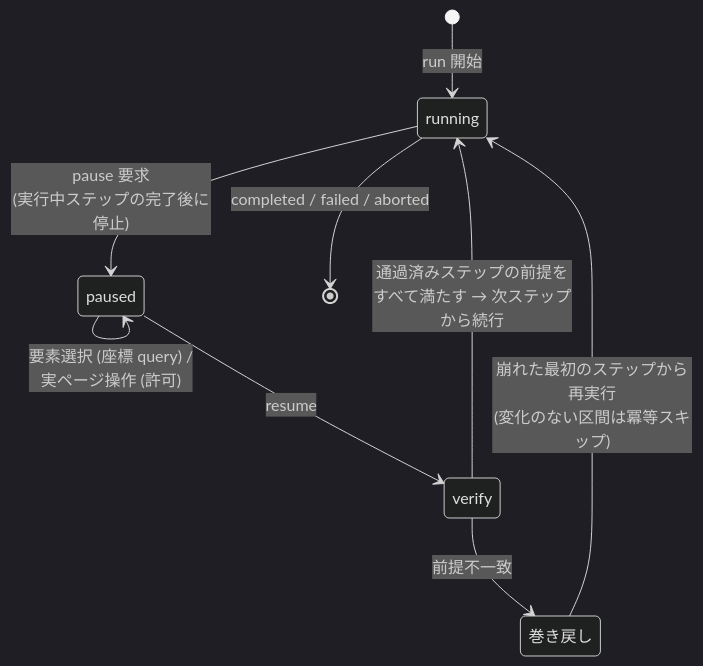
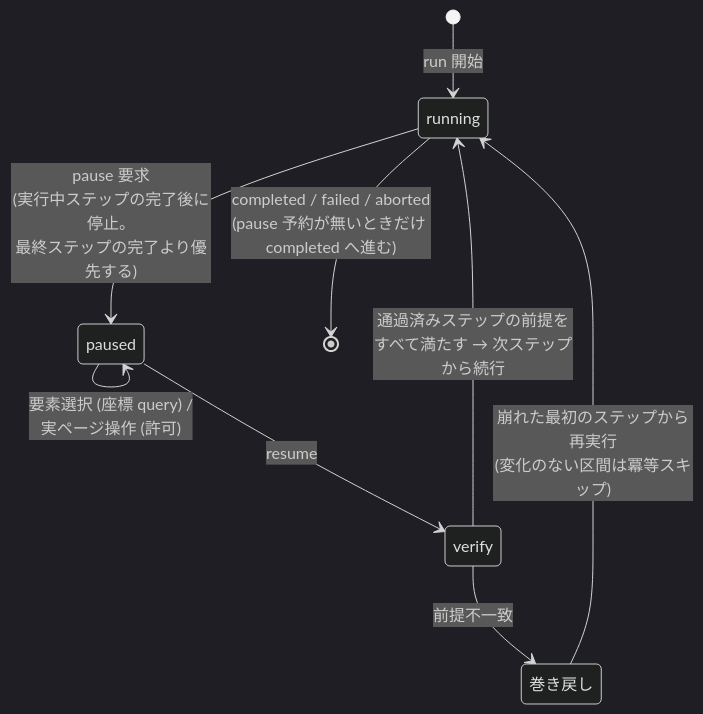
The diagram in adr/0002-pause-semantics.md (Fukuemon/screen-contract), drawn with Mermaid (dark theme) before and after one commit. The commit also changed other lines of this file and 5 other files, not shown here.

````diff
--- a/adr/0002-pause-semantics.md
+++ b/adr/0002-pause-semantics.md
@@ -25,13 +27,13 @@
 ```mermaid
 stateDiagram-v2
     [*] --> running : run 開始
-    running --> paused : pause 要求<br/>(実行中ステップの完了後に停止)
+    running --> paused : pause 要求<br/>(実行中ステップの完了後に停止。<br/>最終ステップの完了より優先する)
     paused --> paused : 要素選択 (座標 query) /<br/>実ページ操作 (許可)
     paused --> verify : resume
     state verify <<choice>>
     verify --> running : 通過済みステップの前提を<br/>すべて満たす → 次ステップから続行
     verify --> rollback : 前提不一致
     state "巻き戻し" as rollback
     rollback --> running : 崩れた最初のステップから再実行<br/>(変化のない区間は冪等スキップ)
-    running --> [*] : completed / failed / aborted
+    running --> [*] : completed / failed / aborted<br/>(pause 予約が無いときだけ completed へ進む)
 ```
````
